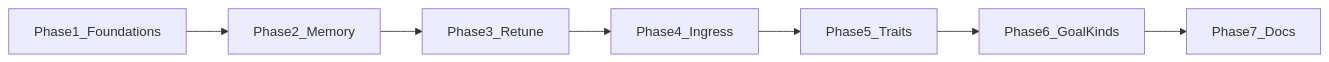
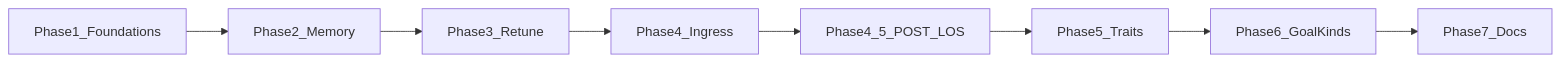
The diagram in Project_Docs/Draft_Features/CREATURE_MOVEMENT_V2.md (sellmeyoursoul/hunter-killer), drawn with Mermaid before and after one commit. The commit also changed other lines of this file and 14 other files, not shown here.

Commit message:
More movement test cycles. Added post LOS file as open plan for fixing issues found. Contract Still needs to be fully defined.

````diff
--- a/Project_Docs/Draft_Features/CREATURE_MOVEMENT_V2.md
+++ b/Project_Docs/Draft_Features/CREATURE_MOVEMENT_V2.md
@@ -33,14 +34,16 @@
 ```mermaid
 flowchart LR
   p1[Phase1_Foundations]
   p2[Phase2_Memory]
   p3[Phase3_Retune]
   p4[Phase4_Ingress]
+  p45[Phase4_5_POST_LOS]
   p5[Phase5_Traits]
   p6[Phase6_GoalKinds]
   p7[Phase7_Docs]
   p1 --> p2 --> p3
   p3 --> p4
-  p4 --> p5
+  p4 --> p45
+  p45 --> p5
   p5 --> p6 --> p7
 ```
````
